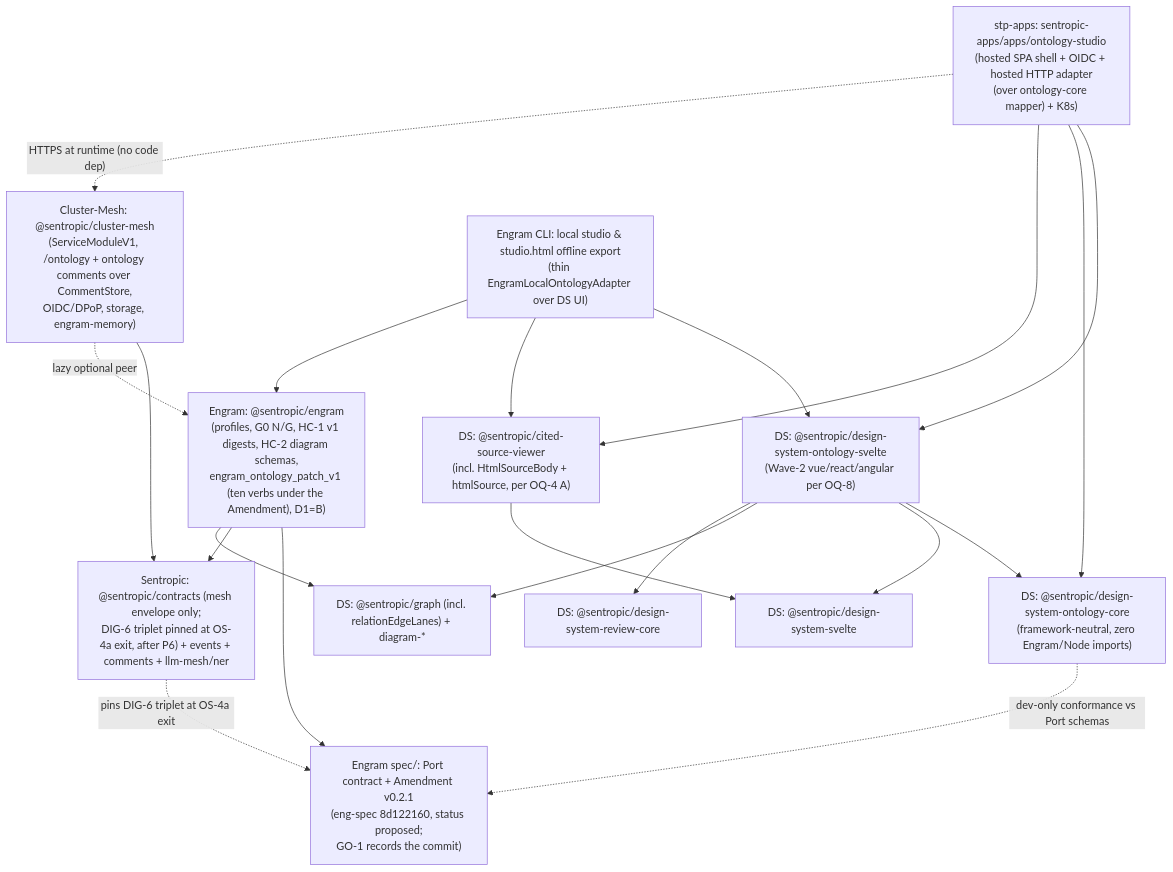
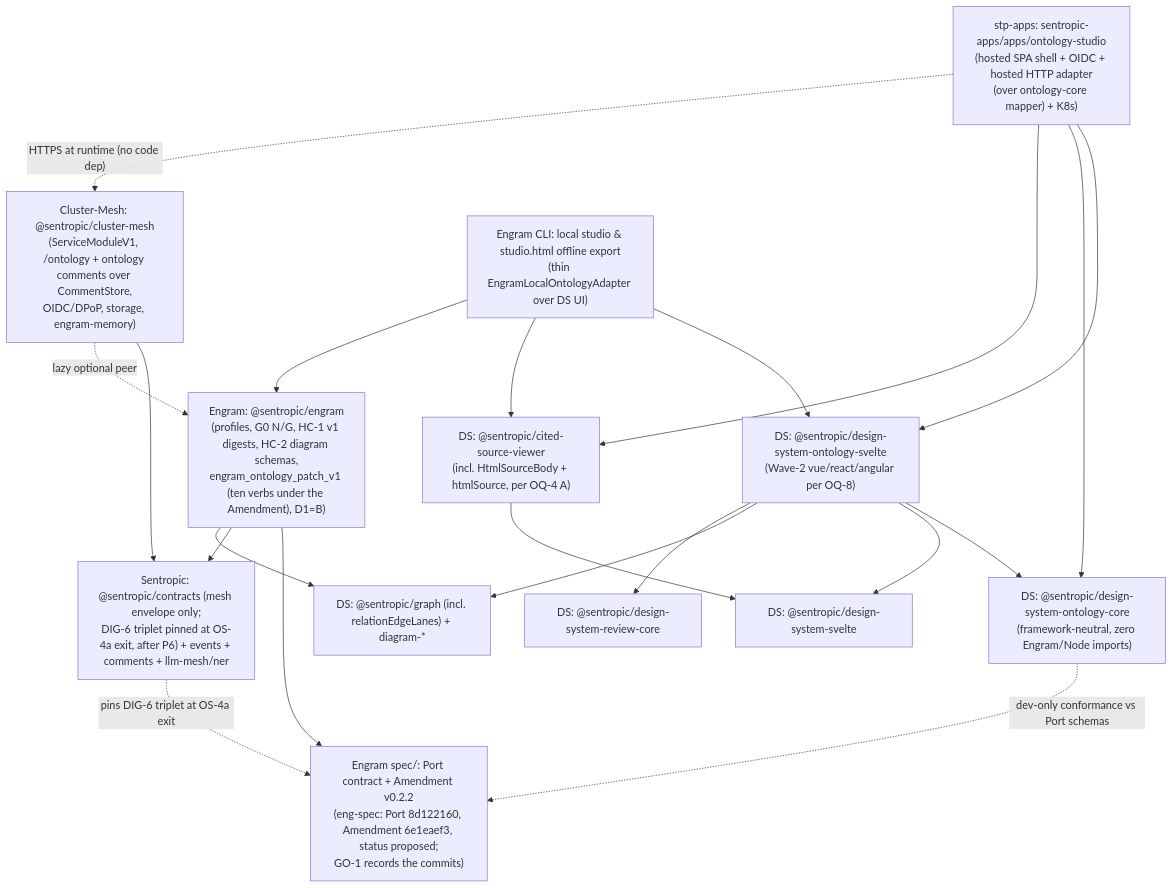
Before and after one commit to rhanka/sentropic: the first of 2 diagrams in spec/SPEC_EVOL_ONTOLOGY_STUDIO_SPLIT.md, drawn with Mermaid. The commit also changed other lines of this file, not shown here.

Commit message:
docs: update ontology studio split to r11 (engram final repricing, amendment v0.2.2)

````diff
--- a/spec/SPEC_EVOL_ONTOLOGY_STUDIO_SPLIT.md
+++ b/spec/SPEC_EVOL_ONTOLOGY_STUDIO_SPLIT.md
@@ -334,40 +334,40 @@
 ```mermaid
 flowchart TD
   DS_GRAPH["DS: @sentropic/graph (incl. relationEdgeLanes) + diagram-*"]
   DS_REV["DS: @sentropic/design-system-review-core"]
   DS_UI["DS: @sentropic/design-system-svelte"]
   DS_CSV["DS: @sentropic/cited-source-viewer\n(incl. HtmlSourceBody + htmlSource, per OQ-4 A)"]
   DS_OCORE["DS: @sentropic/design-system-ontology-core\n(framework-neutral, zero Engram/Node imports)"]
   DS_OUI["DS: @sentropic/design-system-ontology-svelte\n(Wave-2 vue/react/angular per OQ-8)"]
 
   SEN_CTR["Sentropic: @sentropic/contracts (mesh envelope only;\nDIG-6 triplet pinned at OS-4a exit, after P6) + events + comments + llm-mesh/ner"]
-  ENG_CTR["Engram spec/: Port contract + Amendment v0.2.1\n(eng-spec 8d122160, status proposed;\nGO-1 records the commit)"]
+  ENG_CTR["Engram spec/: Port contract + Amendment v0.2.2\n(eng-spec: Port 8d122160, Amendment 6e1eaef3, status proposed;\nGO-1 records the commits)"]
   CM["Cluster-Mesh: @sentropic/cluster-mesh\n(ServiceModuleV1, /ontology + ontology comments over CommentStore,\nOIDC/DPoP, storage, engram-memory)"]
 
   ENG["Engram: @sentropic/engram\n(profiles, G0 N/G, HC-1 v1 digests, HC-2 diagram schemas,\nengram_ontology_patch_v1 (ten verbs under the Amendment), D1=B)"]
   ENG_CLI["Engram CLI: local studio & studio.html offline export\n(thin EngramLocalOntologyAdapter over DS UI)"]
 
   STP["stp-apps: sentropic-apps/apps/ontology-studio\n(hosted SPA shell + OIDC + hosted HTTP adapter\n(over ontology-core mapper) + K8s)"]
 
   DS_CSV --> DS_UI
   DS_OUI --> DS_OCORE
   DS_OUI --> DS_UI
   DS_OUI --> DS_GRAPH
   DS_OUI --> DS_REV
   DS_OCORE -. dev-only conformance vs Port schemas .-> ENG_CTR
   SEN_CTR -. pins DIG-6 triplet at OS-4a exit .-> ENG_CTR
   ENG --> ENG_CTR
 
   CM --> SEN_CTR
   CM -. lazy optional peer .-> ENG
   ENG --> SEN_CTR
   ENG --> DS_GRAPH
   ENG_CLI --> DS_OUI
   ENG_CLI --> DS_CSV
   ENG_CLI --> ENG
 
   STP --> DS_OUI
   STP --> DS_OCORE
   STP --> DS_CSV
   STP -. HTTPS at runtime (no code dep) .-> CM
 ```
````
